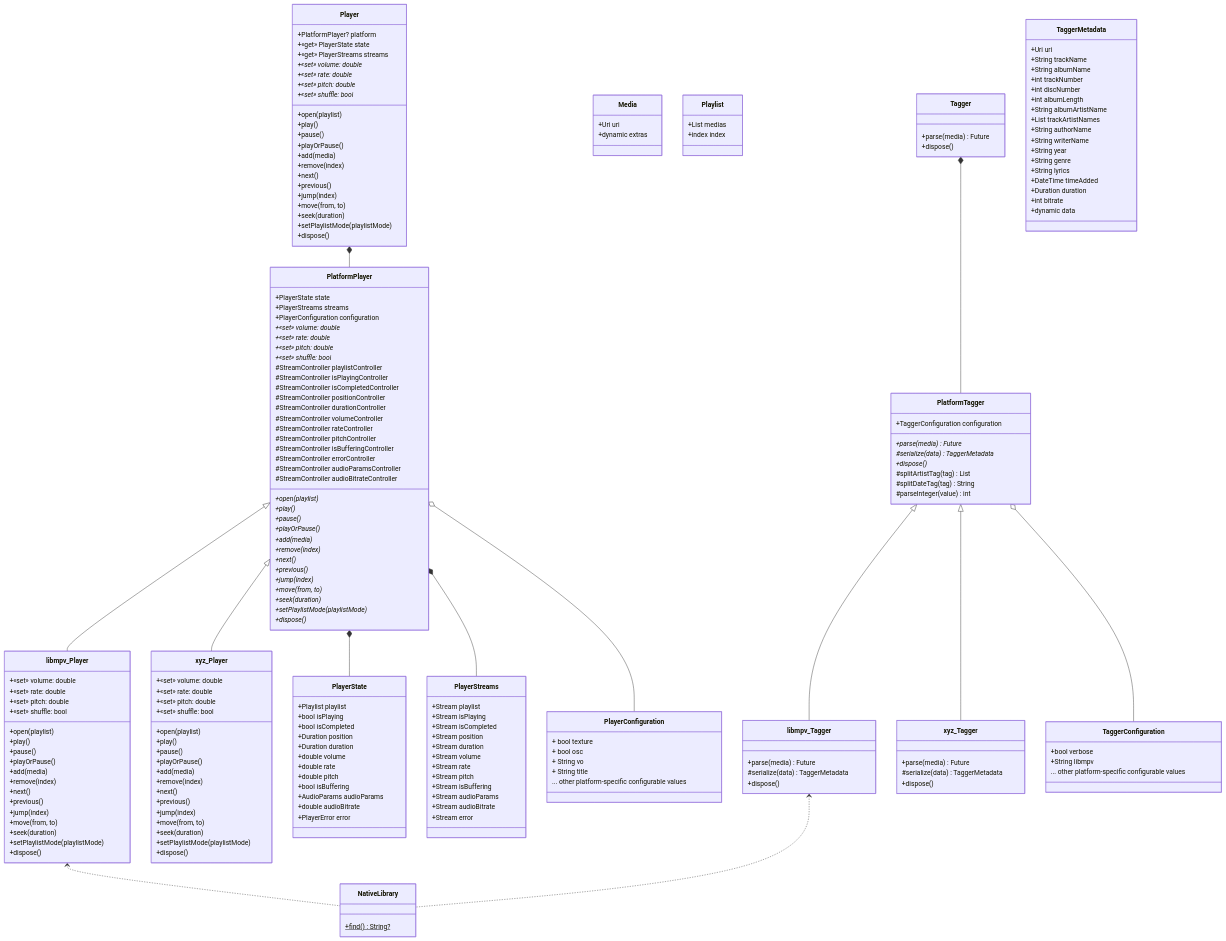
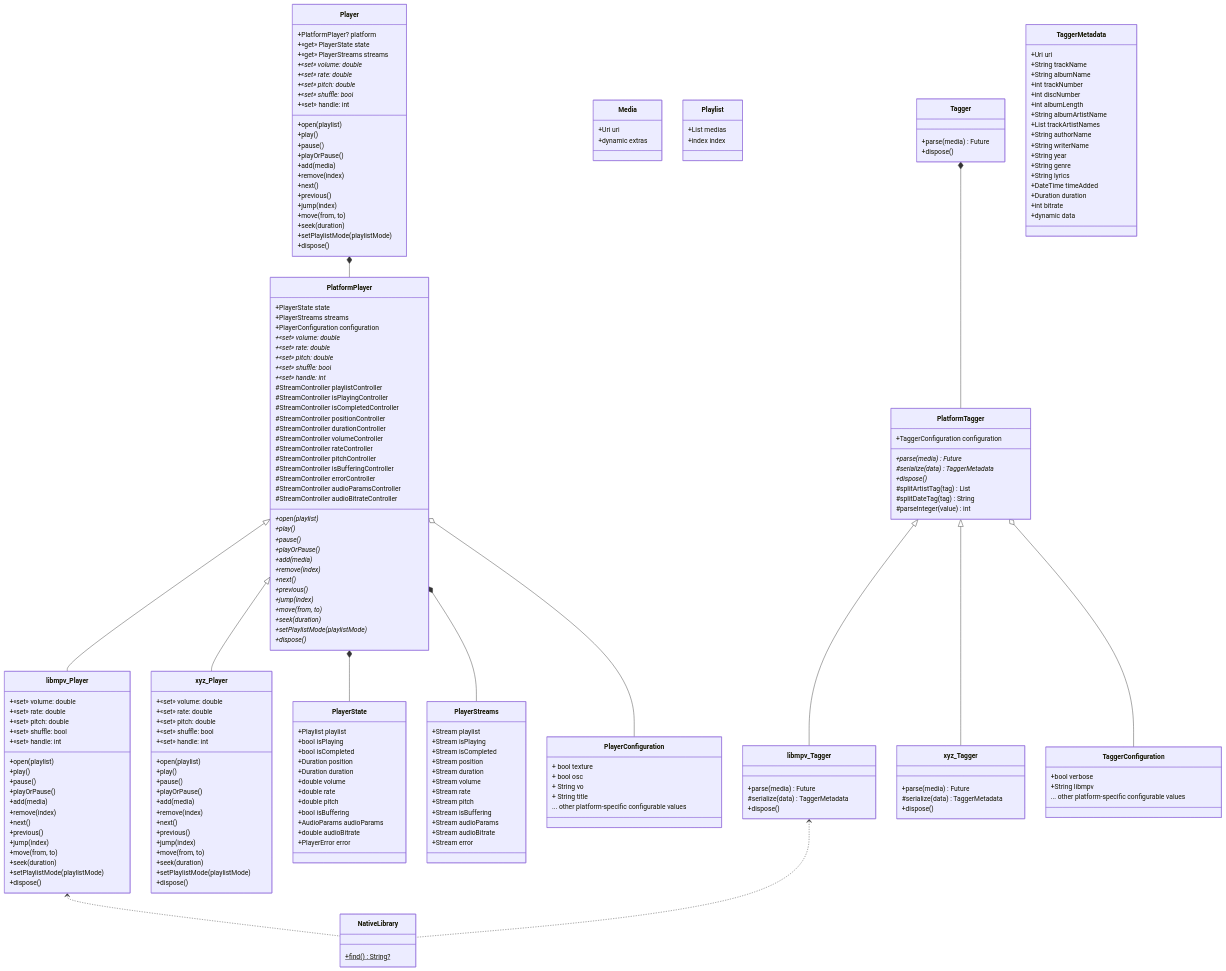
The diagram in README.md (media-kit/media-kit), drawn with Mermaid before and after one commit. The commit also changed other lines of this file and 1 other file, not shown here.

Commit message:
docs: document Player.handle

```diff
--- a/README.md
+++ b/README.md
@@ -182,6 +182,7 @@
     +«set» rate: double*
     +«set» pitch: double*
     +«set» shuffle: bool*
+    +«set» handle: int
 
     +open(playlist)
     +play()
@@ -221,6 +222,7 @@
     +«set» rate: double*
     +«set» pitch: double*
     +«set» shuffle: bool*
+    +«set» handle: int*
 
     #StreamController<Playlist> playlistController
     #StreamController<bool> isPlayingController
@@ -253,6 +255,7 @@
     +«set» rate: double
     +«set» pitch: double
     +«set» shuffle: bool
+    +«set» handle: int
     +dispose()
   }
 
@@ -277,6 +280,7 @@
     +«set» rate: double
     +«set» pitch: double
     +«set» shuffle: bool
+    +«set» handle: int
     +dispose()
   }
 
```
